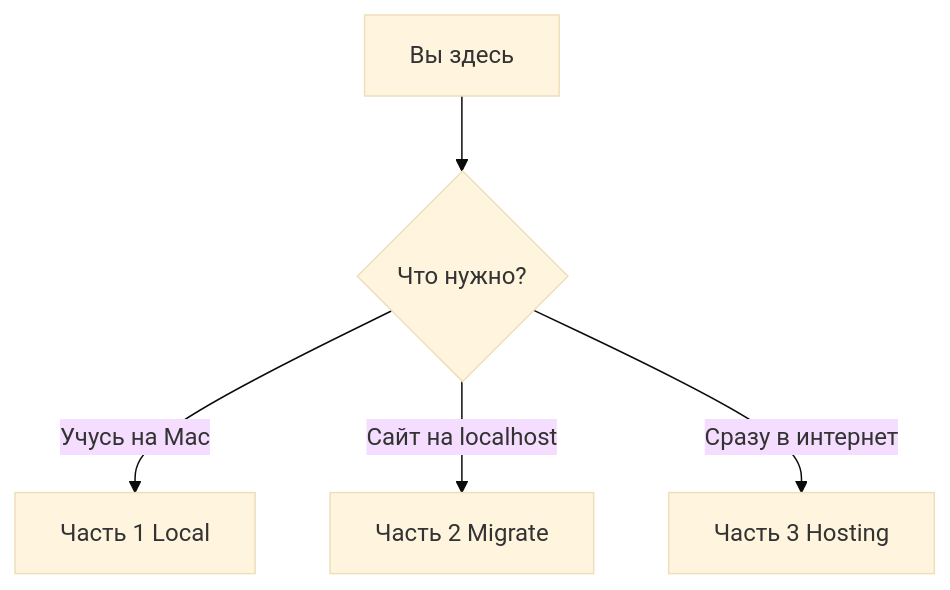
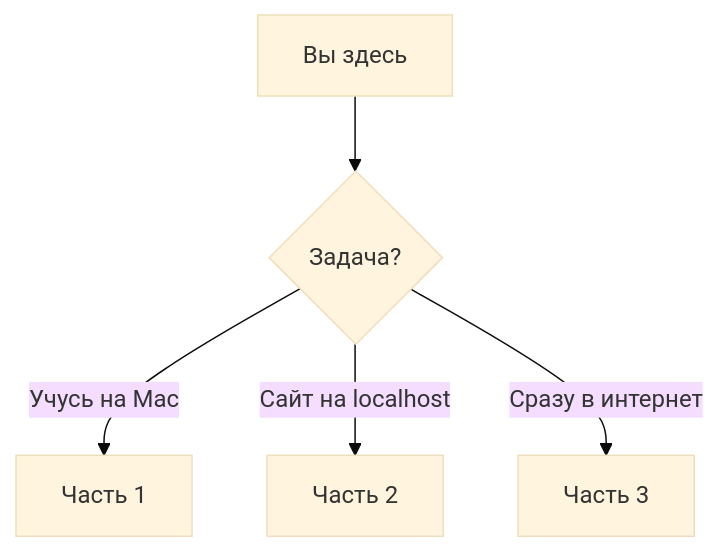
The diagram in README.md (aleksandr-mazhul/mamp-wordpress-guide), drawn with Mermaid (base theme) before and after one commit. The commit also changed other lines of this file and 16 other files, not shown here.

````diff
--- a/README.md
+++ b/README.md
@@ -17,8 +15,8 @@
 ```mermaid
 flowchart TD
     root[Вы здесь]
-    root --> q1{Что нужно?}
-    q1 -->|Учусь на Mac| L[Часть 1 Local]
-    q1 -->|Сайт на localhost| M[Часть 2 Migrate]
-    q1 -->|Сразу в интернет| H[Часть 3 Hosting]
+    root --> q{Задача?}
+    q -->|Учусь на Mac| L[Часть 1]
+    q -->|Сайт на localhost| M[Часть 2]
+    q -->|Сразу в интернет| H[Часть 3]
 ```
````
